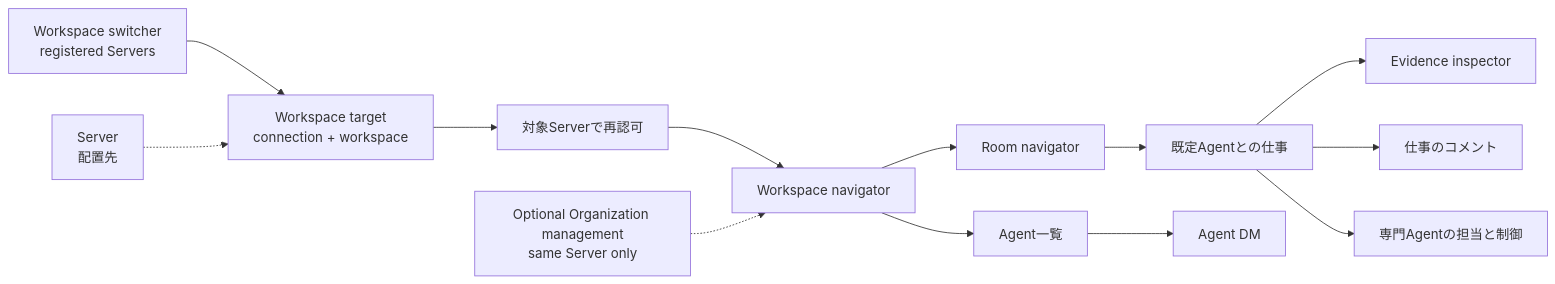
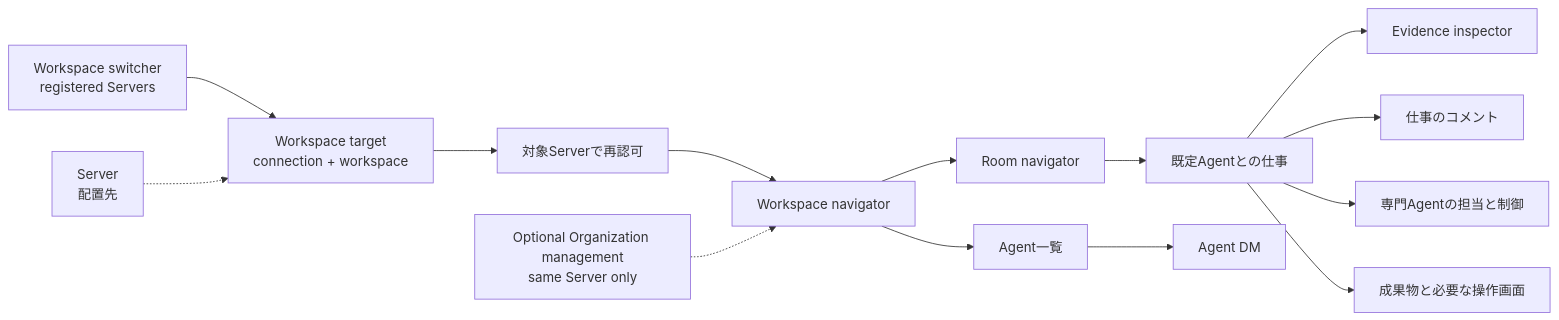
Before and after one commit to Takuma-kaho/Samurai-Agent: the first of 3 diagrams in docs/designs/native-app.md, drawn with Mermaid. The commit also changed other lines of this file and 4 other files, not shown here.

```diff
--- a/docs/designs/native-app.md
+++ b/docs/designs/native-app.md
@@ -56,15 +60,16 @@
 ~~~mermaid
 flowchart LR
   SW[Workspace switcher<br/>registered Servers] --> T[Workspace target<br/>connection + workspace]
   T --> A[対象Serverで再認可]
   A --> W[Workspace navigator]
   W --> R[Room navigator]
   R --> CH[既定Agentとの仕事]
   CH --> E[Evidence inspector]
   CH --> C[仕事のコメント]
   CH --> P[専門Agentの担当と制御]
+  CH --> AS[成果物と必要な操作画面]
   W --> B[Agent一覧]
   B --> DM[Agent DM]
   S[Server<br/>配置先] -.-> T
   O[Optional Organization management<br/>same Server only] -.-> W
 ~~~
```
